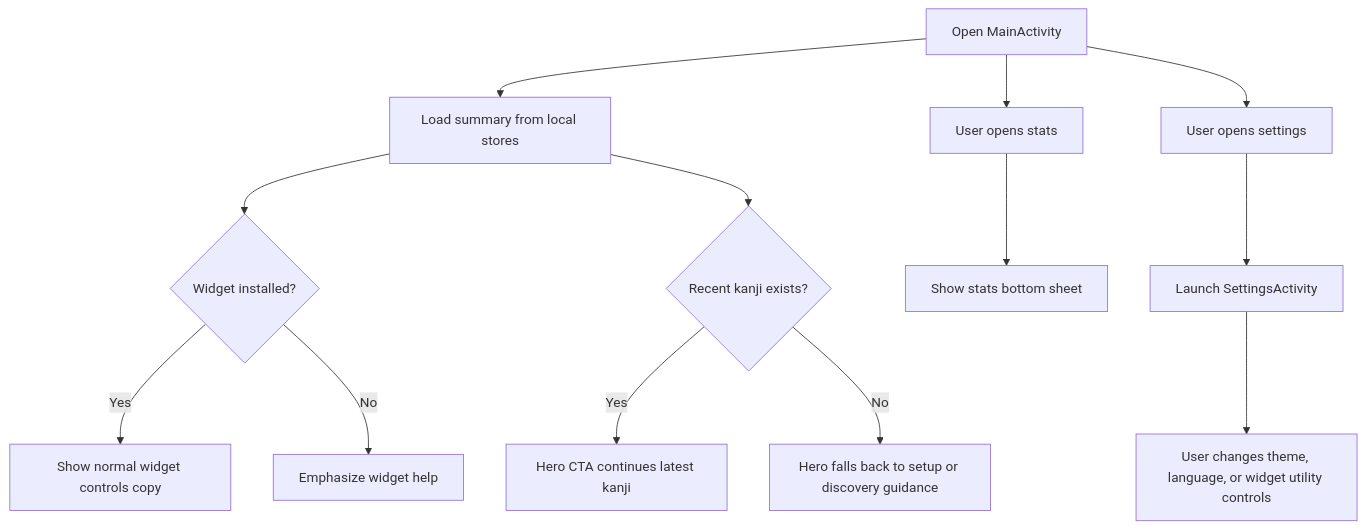
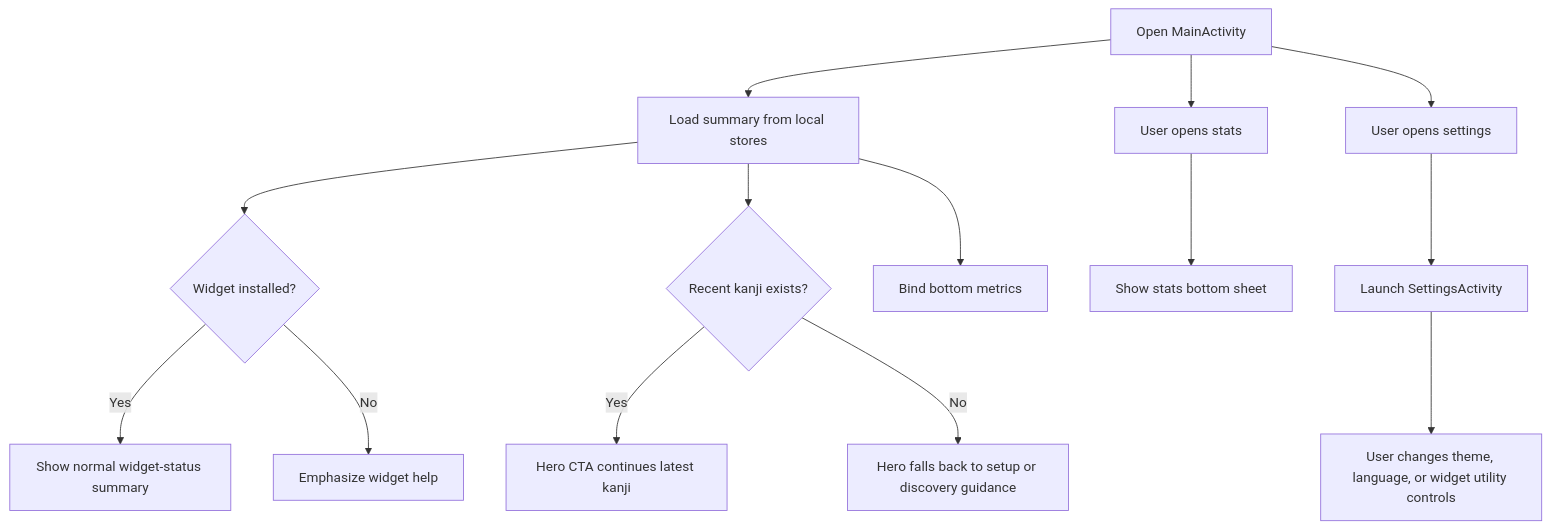
Before and after one commit to 2zcory/kanji-widget: the diagram in docs/detail-design/main-screen.md, drawn with Mermaid. The commit also changed other lines of this file and 93 other files, not shown here.

````diff
--- a/docs/detail-design/main-screen.md
+++ b/docs/detail-design/main-screen.md
@@ -154,15 +172,16 @@
 ```mermaid
 flowchart TD
     A[Open MainActivity] --> B[Load summary from local stores]
     B --> C{Widget installed?}
-    C -- Yes --> D[Show normal widget controls copy]
+    C -- Yes --> D[Show normal widget-status summary]
     C -- No --> E[Emphasize widget help]
     B --> F{Recent kanji exists?}
     F -- Yes --> G[Hero CTA continues latest kanji]
     F -- No --> H[Hero falls back to setup or discovery guidance]
+    B --> N[Bind bottom metrics]
     A --> I[User opens stats]
     I --> J[Show stats bottom sheet]
     A --> K[User opens settings]
     K --> L[Launch SettingsActivity]
     L --> M[User changes theme, language, or widget utility controls]
 ```
````
